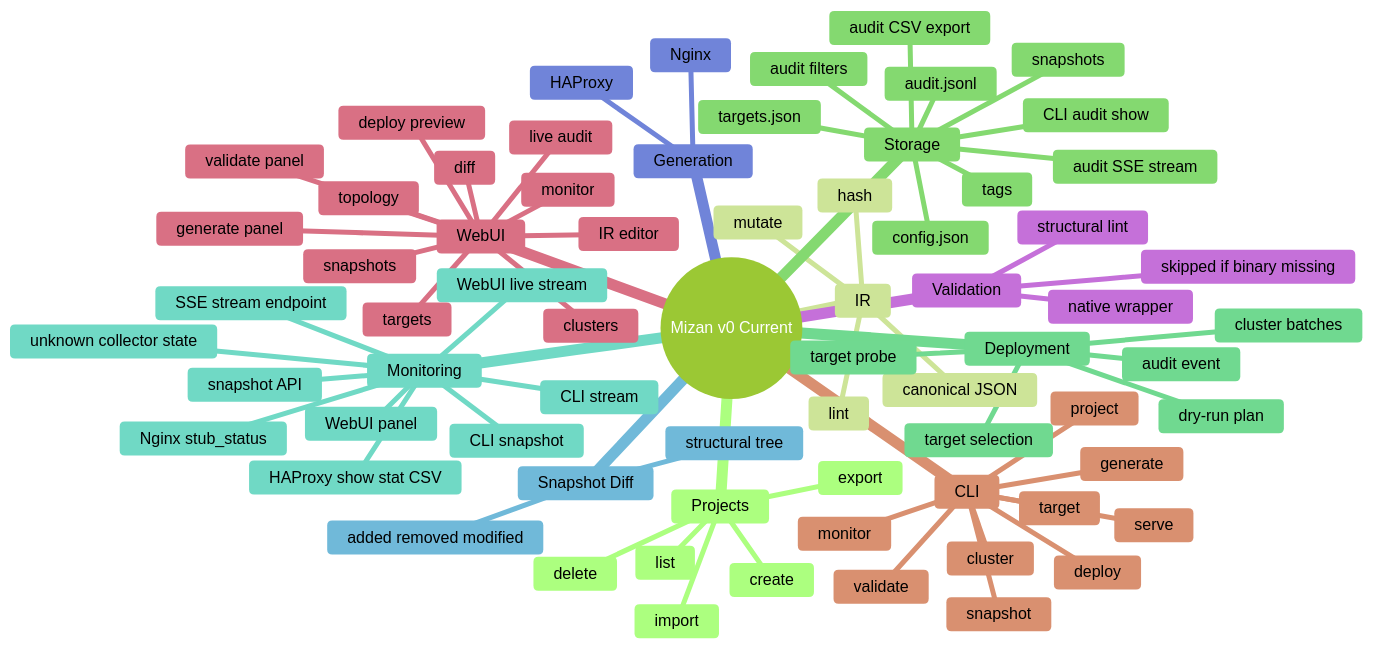
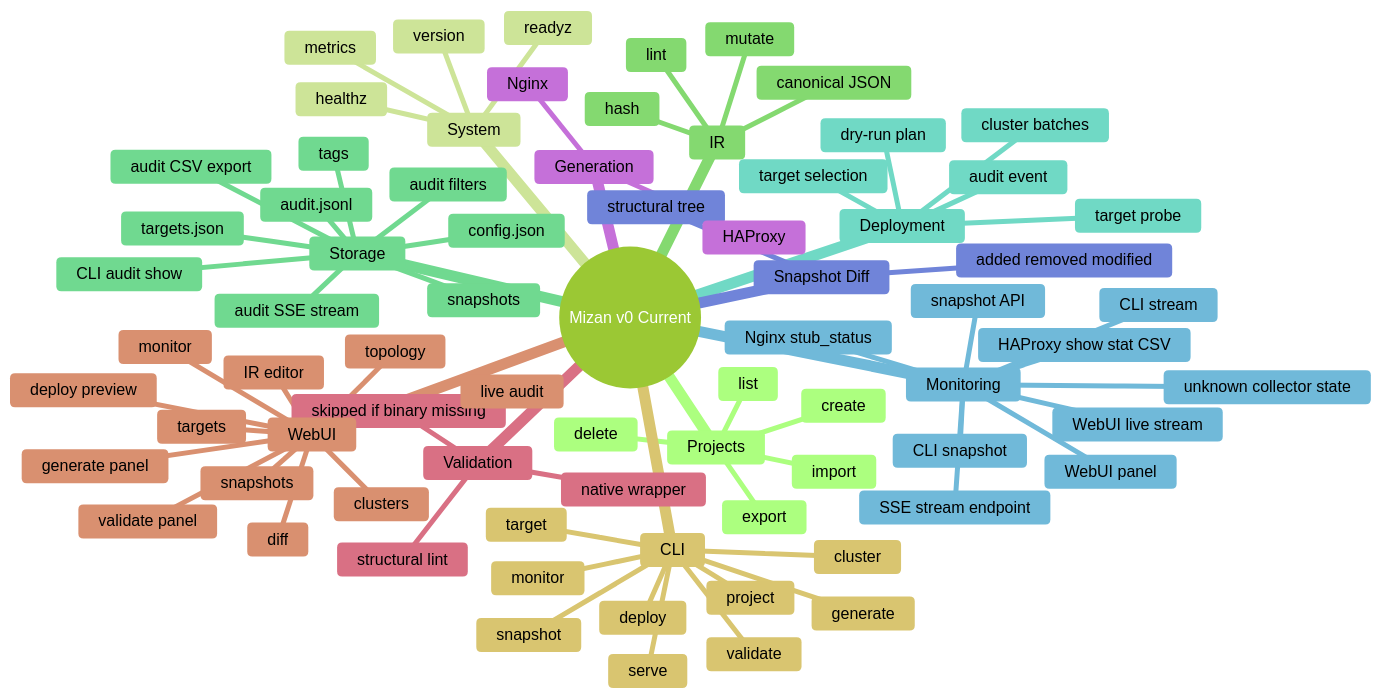
Before and after one commit to ersinkoc/Mizan: diagram 18 of 19 in ARCHITECTURE.md, drawn with Mermaid (forest theme). The commit also changed other lines of this file and 5 other files, not shown here.

Commit message:
Add system metrics endpoint

````diff
--- a/ARCHITECTURE.md
+++ b/ARCHITECTURE.md
@@ -570,73 +572,78 @@
 ```mermaid
 mindmap
   root((Mizan v0 Current))
     Projects
       create
       list
       delete
       import
       export
+    System
+      healthz
+      readyz
+      version
+      metrics
     IR
       lint
       mutate
       hash
       canonical JSON
     Storage
       config.json
       snapshots
       tags
       audit.jsonl
       audit SSE stream
       audit filters
       audit CSV export
       CLI audit show
       targets.json
     Deployment
       dry-run plan
       target probe
       target selection
       cluster batches
       audit event
     Monitoring
       snapshot API
       CLI snapshot
       CLI stream
       WebUI panel
       WebUI live stream
       SSE stream endpoint
       HAProxy show stat CSV
       Nginx stub_status
       unknown collector state
     Snapshot Diff
       structural tree
       added removed modified
     Generation
       HAProxy
       Nginx
     Validation
       structural lint
       native wrapper
       skipped if binary missing
     WebUI
       IR editor
       generate panel
       validate panel
       topology
       snapshots
       diff
       targets
       clusters
       deploy preview
       monitor
       live audit
     CLI
       serve
       project
       snapshot
       target
       cluster
       generate
       validate
       deploy
       monitor
 ```
````
